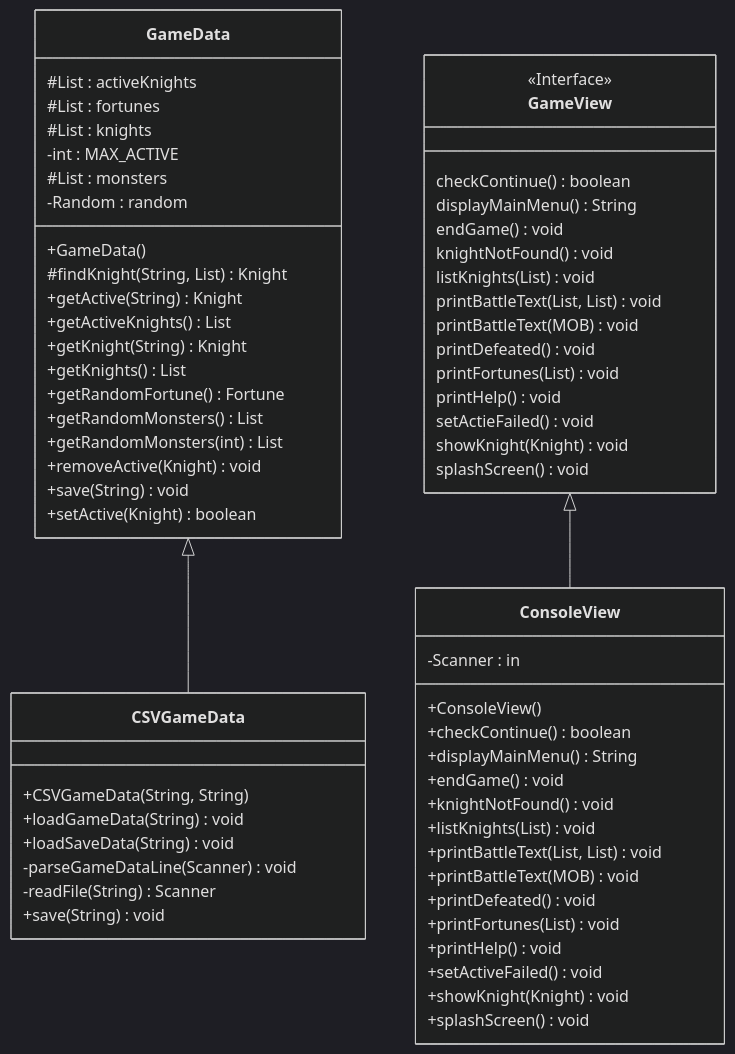
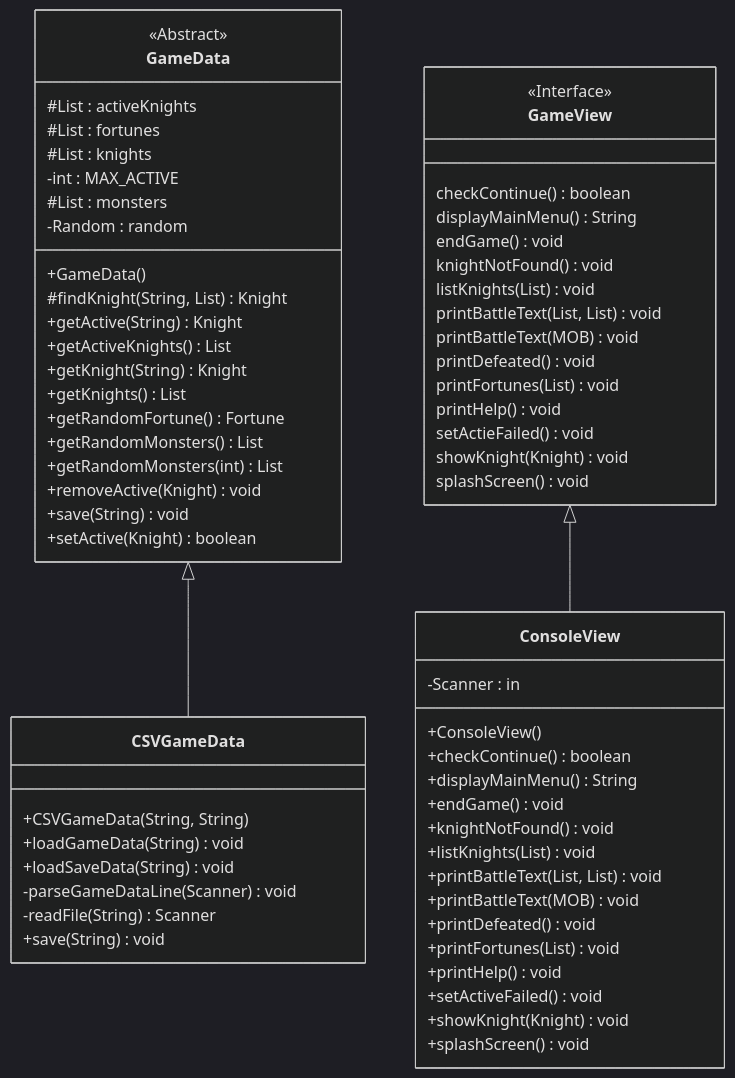
Before and after one commit to CSU-CompSci-CS163-4/PracticalOptionKnightFight: the second of 3 diagrams in uml.md, drawn with Mermaid (dark theme).

Commit message:
added abstract to game data

````diff
--- a/uml.md
+++ b/uml.md
@@ -83,67 +83,68 @@
 ```mermaid
 classDiagram
 GameData <|-- CSVGameData
 GameView <|-- ConsoleView
 
 class GameData {
+    <<Abstract>>
     #List<Knight> : activeKnights
     #List<Fortune> : fortunes
     #List<Knight> : knights
     -int : MAX_ACTIVE
     #List<MOB> : monsters
     -Random : random
     +GameData()
     #findKnight(String, List<Knight>) Knight
     +getActive(String) Knight
     +getActiveKnights() List<Knight>
     +getKnight(String) Knight
     +getKnights() List<Knight>
     +getRandomFortune() Fortune
     +getRandomMonsters() List<MOB>
     +getRandomMonsters(int) List<MOB>
     +removeActive(Knight) void
     +save(String) void
     +setActive(Knight) boolean
 }
 class GameView {
     <<Interface>>
     checkContinue() boolean
     displayMainMenu() String
     endGame() void
     knightNotFound() void
     listKnights(List<Knight>) void
     printBattleText(List<MOB>, List<Knight>) void
     printBattleText(MOB) void
     printDefeated() void
     printFortunes(List<Knight>) void
     printHelp() void
     setActieFailed() void
     showKnight(Knight) void
     splashScreen() void
 }
 class ConsoleView {
     -Scanner : in
     +ConsoleView()
     +checkContinue() boolean
     +displayMainMenu() String
     +endGame() void
     +knightNotFound() void
     +listKnights(List<Knight>) void
     +printBattleText(List<MOB>, List<Knight>) void
     +printBattleText(MOB) void
     +printDefeated() void
     +printFortunes(List<Knight>) void
     +printHelp() void
     +setActiveFailed() void
     +showKnight(Knight) void
     +splashScreen() void
 }
 class CSVGameData {
     +CSVGameData(String, String)
     +loadGameData(String) void
     +loadSaveData(String) void
     -parseGameDataLine(Scanner) void
     -readFile(String) Scanner
     +save(String) void
 }
 ```
````
